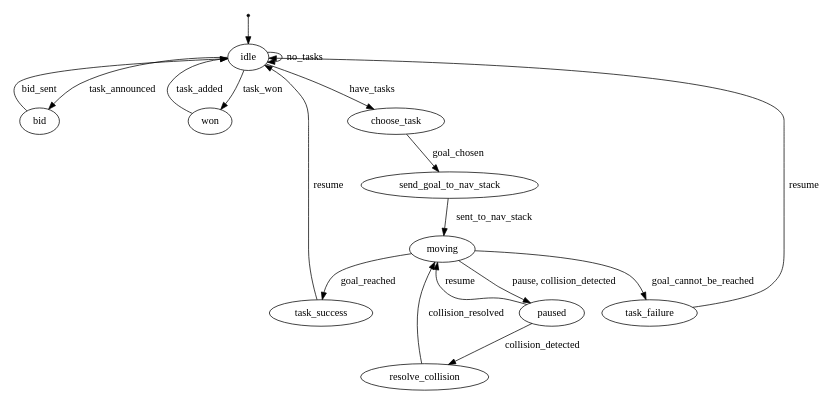
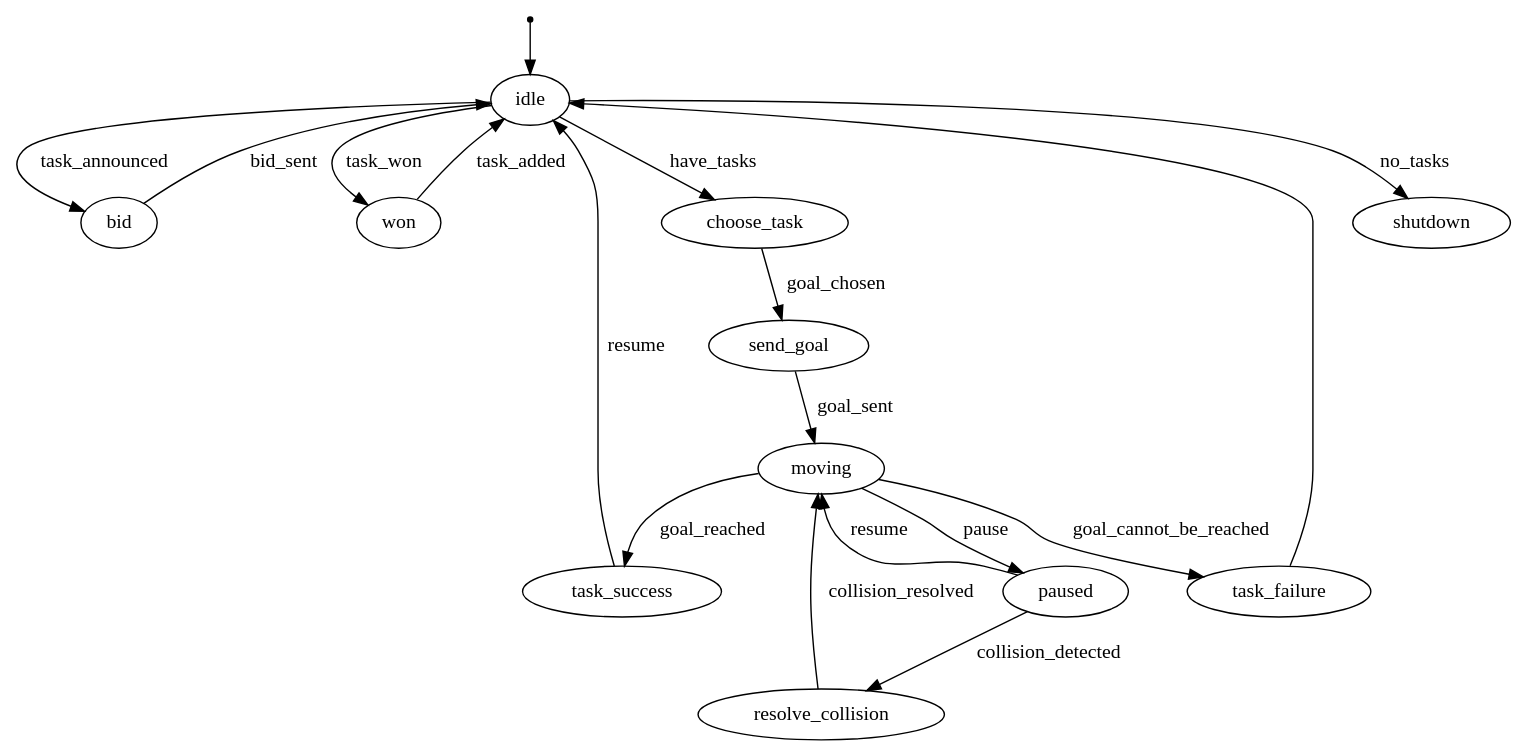
Before and after one commit to nitsuga/MRTeAm: the diagram in docs/robot-controller-fsm.dot, drawn with Graphviz. The commit also changed 3 other files, not shown here.

```diff
--- a/docs/robot-controller-fsm.dot
+++ b/docs/robot-controller-fsm.dot
@@ -1,49 +1,50 @@
 digraph robot_controller {
 #	rankdir=LR;
-	size="8,12"
+	size="16,24"
 
 	# node [style=invis] START;
 	node [shape=ellipse, label="idle"] idle;
 	node [shape=ellipse, label="moving"] moving;
 	node [shape=ellipse, label="resolve_collision"] resolve_collision;
 	node [shape=ellipse, label="paused"] paused;
 	node [shape=ellipse, label="bid"] bid;
 	node [shape=ellipse, label="won"] won;
 	node [shape=ellipse, label="choose_task"] choose_task;
-	node [shape=ellipse, label="send_goal_to_nav_stack"] send_goal_to_nav_stack;
+	node [shape=ellipse, label="send_goal"] send_goal;
 	node [shape=ellipse, label="task_success"] task_success;
 	node [shape=ellipse, label="task_failure"] task_failure;
+	node [shape=ellipse, label="shutdown"] shutdown;
 	node [shape=point] start;
 	
 	start        -> idle;
 	idle         -> choose_task [label="have_tasks"];
-	idle         -> idle [label="no_tasks"];
+	idle         -> shutdown [label="no_tasks"];
 
 	# Make a bid
 	idle         -> bid [label="task_announced"];
 	bid          -> idle [label="bid_sent"];
 
 	# Task won; add to agenda
 	idle         -> won [label="task_won"];
 	won          -> idle [label="task_added"];
 
 	# Agenda is non-empty; choose a task and go to it.
-	choose_task  -> send_goal_to_nav_stack [label="goal_chosen"];
-	send_goal_to_nav_stack    -> moving [label="sent_to_nav_stack"];
+	choose_task  -> send_goal [label="goal_chosen"];
+	send_goal    -> moving [label="goal_sent"];
 
 	# Pause/resume
-	moving      -> paused [label="pause, collision_detected"];
+	moving      -> paused [label="pause"];
 	paused       -> moving [label="resume"];
 	
 	# Collision resolution
 	paused      -> resolve_collision [label="collision_detected"];
 	resolve_collision -> moving [label="collision_resolved"];
 		
 	# Success/failure
 	moving      -> task_success [label="goal_reached"];
 	task_success -> idle [label="resume"];
 
 	moving      -> task_failure [label="goal_cannot_be_reached"];
-	task_failure -> idle [label="resume"];
+	task_failure -> idle;
 	
 }
```
